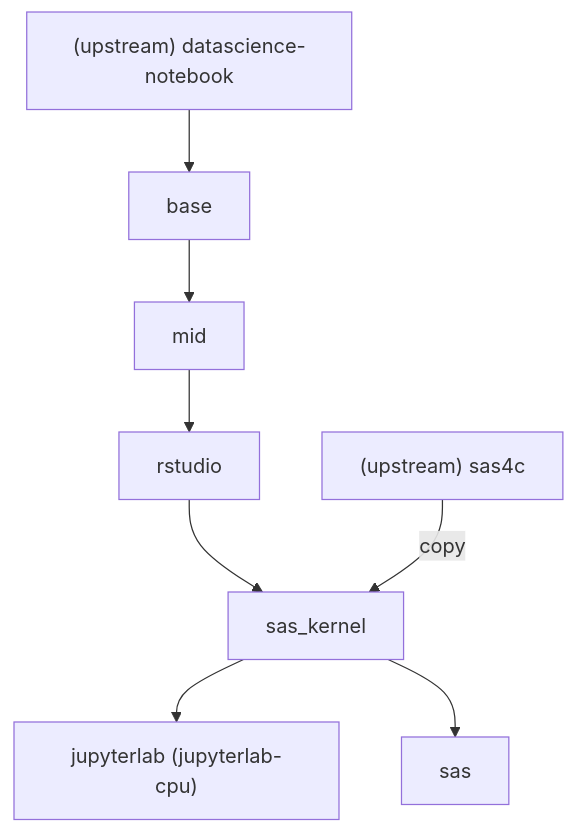
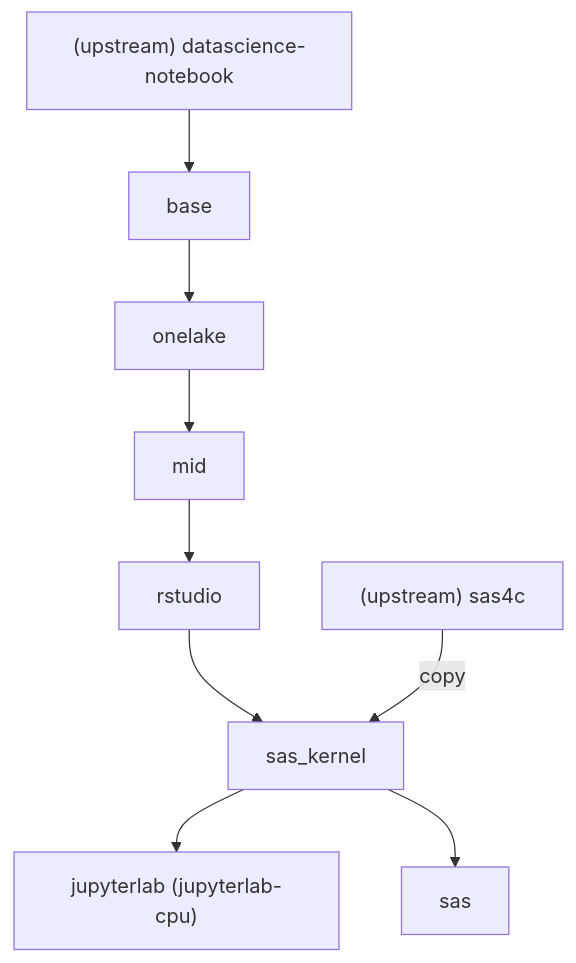
One commit to StatCan/zone-kubeflow-containers changed the diagram in README.md. Above: the diagram before and after it, drawn with Mermaid. The commit also changed other lines of this file and 30 other files, not shown here.

````diff
--- a/README.md
+++ b/README.md
@@ -46,11 +46,12 @@
 ```mermaid
 graph TD
   upstream_nb["(upstream) datascience-notebook"]
   upstream_nb --> base
-  base --> mid
+  base --> onelake
+  onelake --> mid
   mid --> rstudio
   rstudio --> sas_kernel
   upstream_sas["(upstream) sas4c"] --> |copy|sas_kernel
   sas_kernel --> jupyterlab["jupyterlab (jupyterlab-cpu)"]
   sas_kernel --> sas
 ```
````
